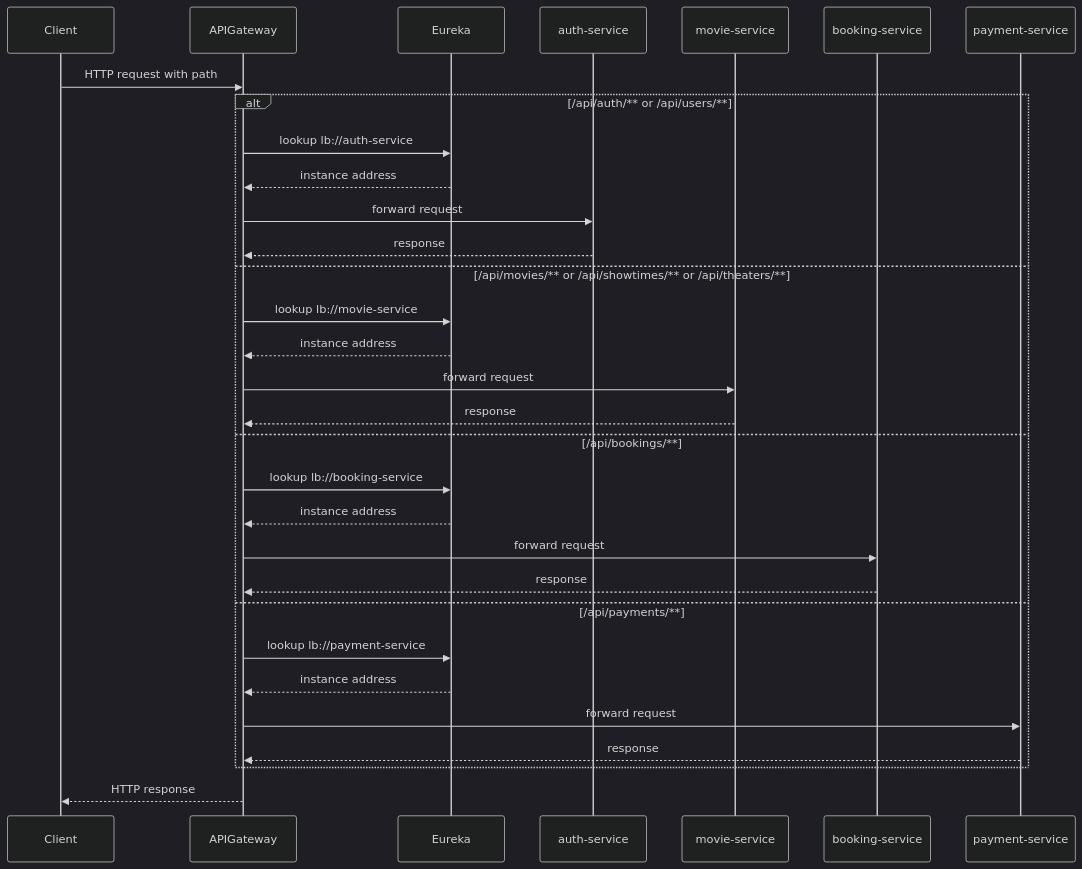
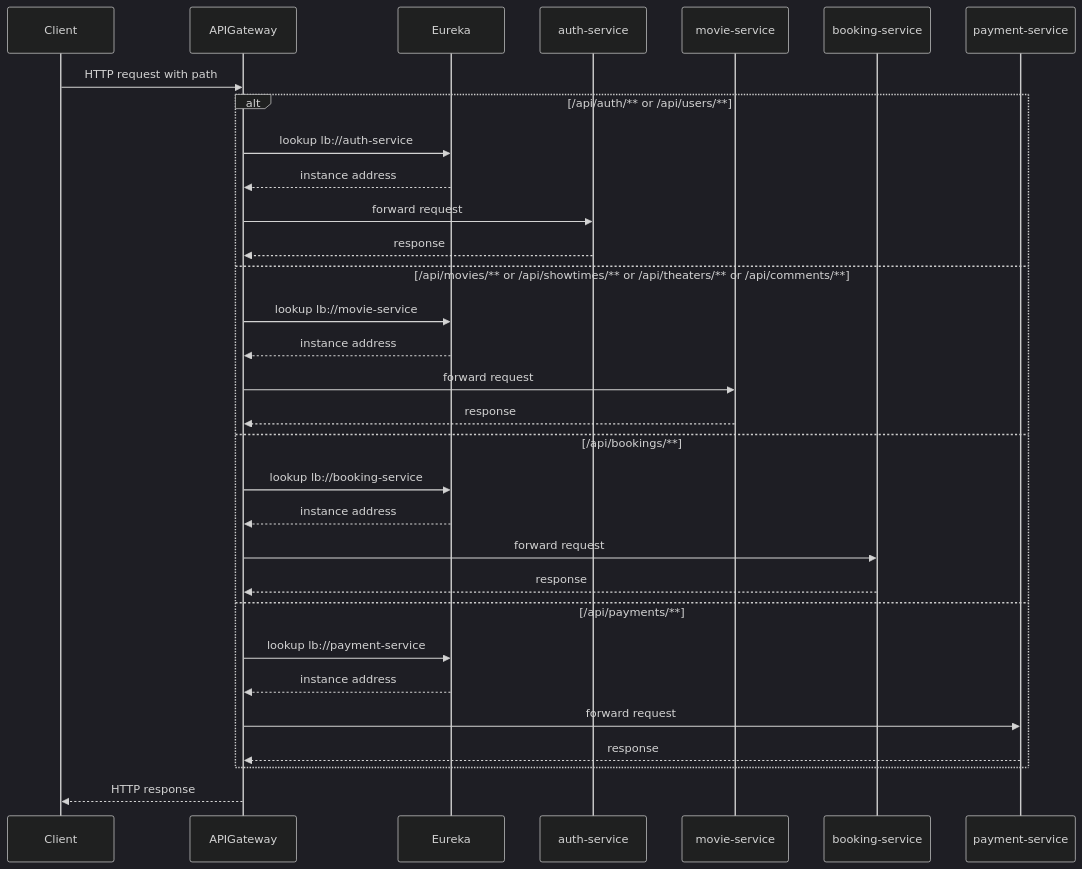
One commit to namnd0312/ms-cinema changed diagram 22 of 27 in docs/system-design-mermaid-diagrams-all-services-flows.md. Above: the diagram before and after it, drawn with Mermaid (dark theme). The commit also changed other lines of this file, not shown here.

````diff
--- a/docs/system-design-mermaid-diagrams-all-services-flows.md
+++ b/docs/system-design-mermaid-diagrams-all-services-flows.md
@@ -946,36 +1135,36 @@
 ```mermaid
 sequenceDiagram
     participant Client
     participant APIGateway
     participant Eureka
     participant auth-service
     participant movie-service
     participant booking-service
     participant payment-service
 
     Client->>APIGateway: HTTP request with path
 
     alt /api/auth/** or /api/users/**
         APIGateway->>Eureka: lookup lb://auth-service
         Eureka-->>APIGateway: instance address
         APIGateway->>auth-service: forward request
         auth-service-->>APIGateway: response
-    else /api/movies/** or /api/showtimes/** or /api/theaters/**
+    else /api/movies/** or /api/showtimes/** or /api/theaters/** or /api/comments/**
         APIGateway->>Eureka: lookup lb://movie-service
         Eureka-->>APIGateway: instance address
         APIGateway->>movie-service: forward request
         movie-service-->>APIGateway: response
     else /api/bookings/**
         APIGateway->>Eureka: lookup lb://booking-service
         Eureka-->>APIGateway: instance address
         APIGateway->>booking-service: forward request
         booking-service-->>APIGateway: response
     else /api/payments/**
         APIGateway->>Eureka: lookup lb://payment-service
         Eureka-->>APIGateway: instance address
         APIGateway->>payment-service: forward request
         payment-service-->>APIGateway: response
     end
 
     APIGateway-->>Client: HTTP response
 ```
````
